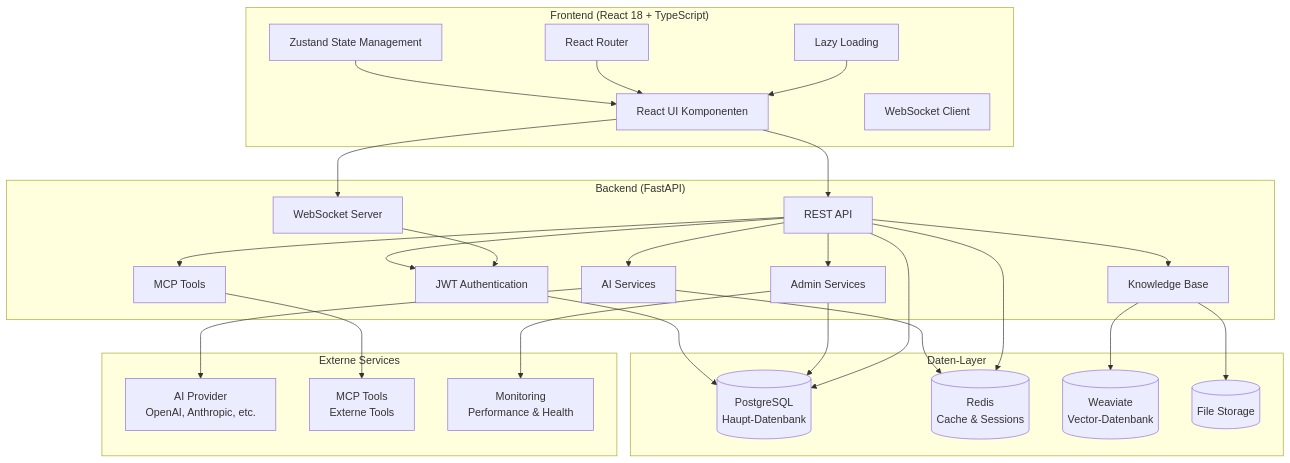
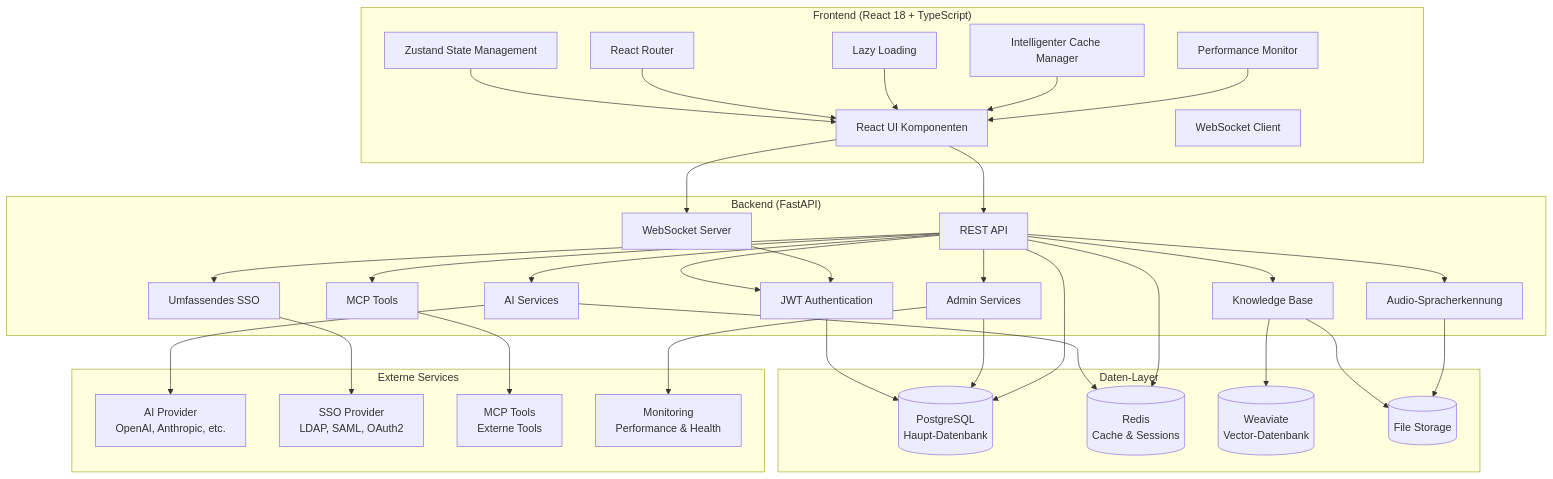
One commit to ConvoSphere/ConvoSphere changed the diagram in docs/de/index.md. Above: the diagram before and after it, drawn with Mermaid. The commit also changed other lines of this file and 4 other files, not shown here.

````diff
--- a/docs/de/index.md
+++ b/docs/de/index.md
@@ -126,58 +176,69 @@
 ```mermaid
 graph TB
     subgraph "Frontend (React 18 + TypeScript)"
         UI[React UI Komponenten]
         WS[WebSocket Client]
         State[Zustand State Management]
         Router[React Router]
         Lazy[Lazy Loading]
+        Cache[Intelligenter Cache Manager]
+        Perf[Performance Monitor]
     end
     
     subgraph "Backend (FastAPI)"
         API[REST API]
         WS_Server[WebSocket Server]
         Auth[JWT Authentication]
+        SSO[Umfassendes SSO]
         AI[AI Services]
         KB[Knowledge Base]
         Tools[MCP Tools]
         Admin[Admin Services]
+        ASR[Audio-Spracherkennung]
     end
     
     subgraph "Daten-Layer"
         PG[(PostgreSQL<br/>Haupt-Datenbank)]
         Redis[(Redis<br/>Cache & Sessions)]
         Weaviate[(Weaviate<br/>Vector-Datenbank)]
         Storage[(File Storage)]
     end
     
     subgraph "Externe Services"
         AI_Providers[AI Provider<br/>OpenAI, Anthropic, etc.]
+        SSO_Providers[SSO Provider<br/>LDAP, SAML, OAuth2]
         MCP_Tools[MCP Tools<br/>Externe Tools]
         Monitor[Monitoring<br/>Performance & Health]
     end
     
     UI --> API
     UI --> WS_Server
     State --> UI
     Router --> UI
     Lazy --> UI
+    Cache --> UI
+    Perf --> UI
     
     API --> Auth
+    API --> SSO
     API --> AI
     API --> KB
     API --> Tools
     API --> Admin
+    API --> ASR
     WS_Server --> Auth
     
     Auth --> PG
+    SSO --> SSO_Providers
     AI --> AI_Providers
     AI --> Redis
     KB --> Weaviate
     KB --> Storage
     Tools --> MCP_Tools
     Admin --> PG
     Admin --> Monitor
+    ASR --> Storage
     
     API --> PG
     API --> Redis
 ```
````
